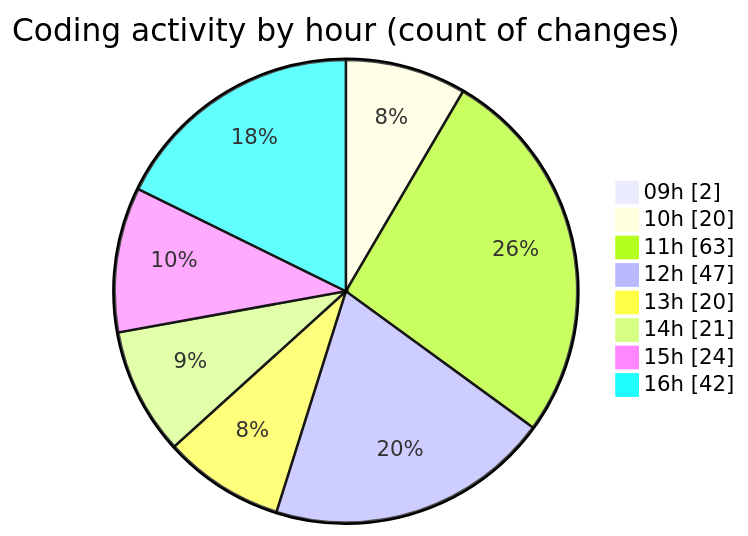
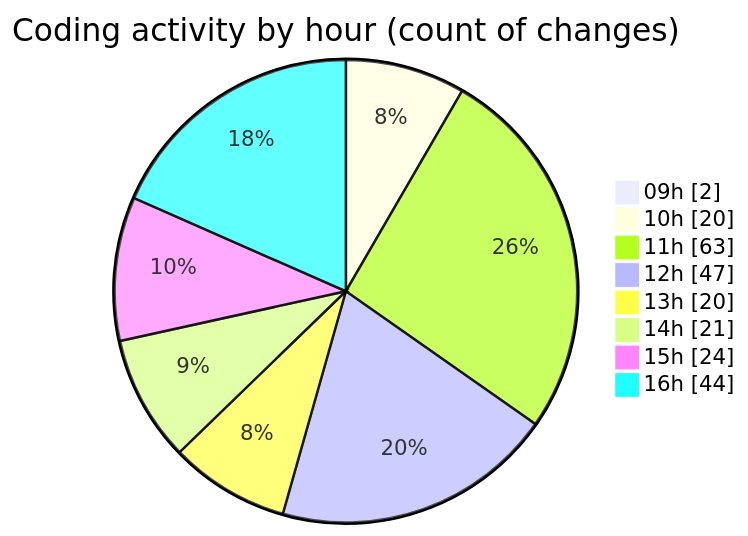
One commit to momahboobian/code-tracking changed the second of 2 diagrams in 2025-04-08/cda/README.md. Above: the diagram before and after it, drawn with Mermaid. The commit also changed other lines of this file and 1 other file, not shown here.

````diff
--- a/2025-04-08/cda/README.md
+++ b/2025-04-08/cda/README.md
@@ -45,12 +45,12 @@
 ```mermaid
 pie showData
 title Coding activity by hour (count of changes)
 "09h" : 2
 "10h" : 20
 "11h" : 63
 "12h" : 47
 "13h" : 20
 "14h" : 21
 "15h" : 24
-"16h" : 42
+"16h" : 44
 ```
````
